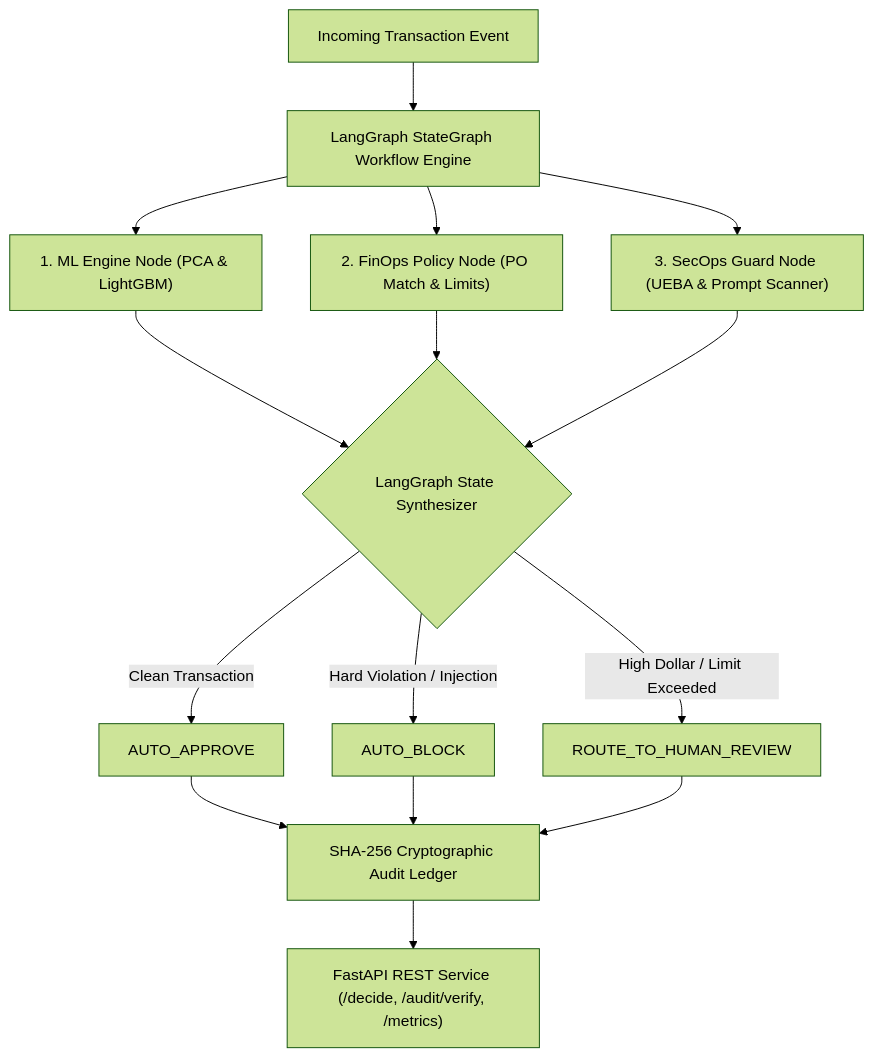
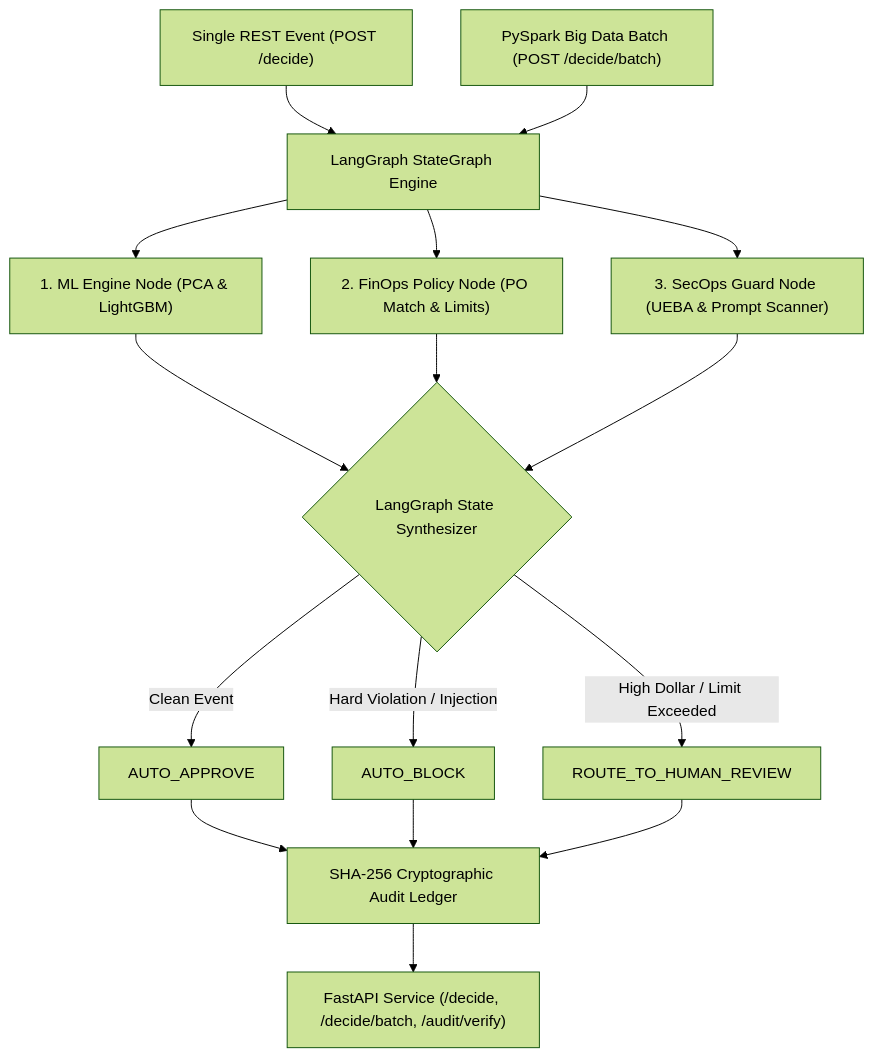
One commit to PriyankaHichkad/FinOps-Security-Agent changed the diagram in README.md. Above: the diagram before and after it, drawn with Mermaid (forest theme). The commit also changed 3 other files, not shown here.

Commit message:
Update architecture

````diff
--- a/README.md
+++ b/README.md
@@ -11,17 +11,18 @@
 ```mermaid
 graph TD
-    A["Incoming Transaction Event"] --> B["LangGraph StateGraph Workflow Engine"]
+    A1["Single REST Event (POST /decide)"] --> B["LangGraph StateGraph Engine"]
+    A2["PySpark Big Data Batch (POST /decide/batch)"] --> B
     
     B --> C["1. ML Engine Node (PCA & LightGBM)"]
     B --> D["2. FinOps Policy Node (PO Match & Limits)"]
     B --> E["3. SecOps Guard Node (UEBA & Prompt Scanner)"]
     
     C & D & E --> F{"LangGraph State Synthesizer"}
     
-    F -->|Clean Transaction| G["AUTO_APPROVE"]
+    F -->|Clean Event| G["AUTO_APPROVE"]
     F -->|Hard Violation / Injection| H["AUTO_BLOCK"]
     F -->|High Dollar / Limit Exceeded| I["ROUTE_TO_HUMAN_REVIEW"]
     
     G & H & I --> J["SHA-256 Cryptographic Audit Ledger"]
-    J --> K["FastAPI REST Service (/decide, /audit/verify, /metrics)"]
+    J --> K["FastAPI Service (/decide, /decide/batch, /audit/verify)"]
 ```
````
